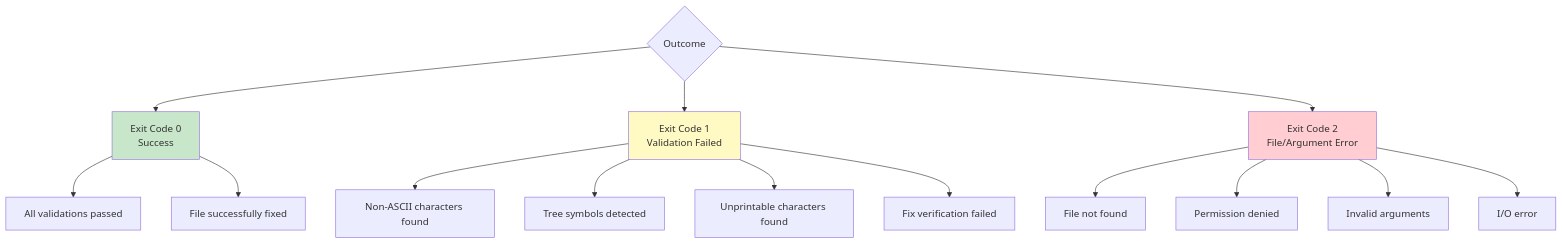
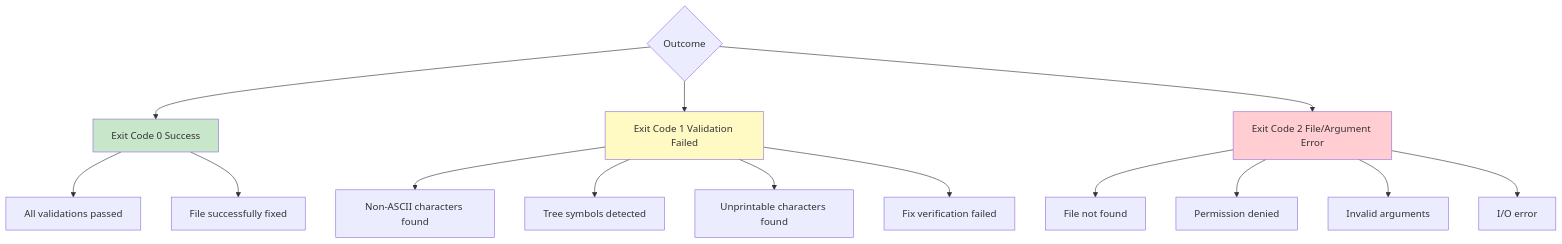
One commit to softwarewrighter/markdown-checker changed the third of 3 diagrams in wiki/CLI-Interface.md. Above: the diagram before and after it, drawn with Mermaid. The commit also changed other lines of this file and 10 other files, not shown here.

````diff
--- a/wiki/CLI-Interface.md
+++ b/wiki/CLI-Interface.md
@@ -353,23 +353,23 @@
 ```mermaid
 graph TD
-    Result{Outcome} --> Success[Exit Code 0<br/>Success]
-    Result --> ValidationFail[Exit Code 1<br/>Validation Failed]
-    Result --> UsageError[Exit Code 2<br/>File/Argument Error]
+    Result{Outcome} --> Success[Exit Code 0 Success]
+    Result --> ValidationFail[Exit Code 1 Validation Failed]
+    Result --> UsageError[Exit Code 2 File/Argument Error]
 
     Success --> S1[All validations passed]
     Success --> S2[File successfully fixed]
 
     ValidationFail --> F1[Non-ASCII characters found]
     ValidationFail --> F2[Tree symbols detected]
     ValidationFail --> F3[Unprintable characters found]
     ValidationFail --> F4[Fix verification failed]
 
     UsageError --> E1[File not found]
     UsageError --> E2[Permission denied]
     UsageError --> E3[Invalid arguments]
     UsageError --> E4[I/O error]
 
     style Success fill:#c8e6c9
     style ValidationFail fill:#fff9c4
     style UsageError fill:#ffcdd2
 ```
````
